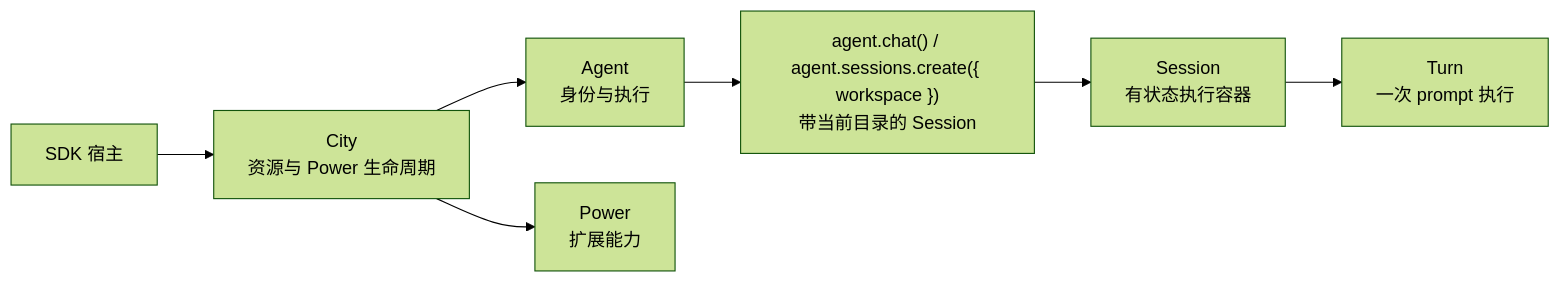
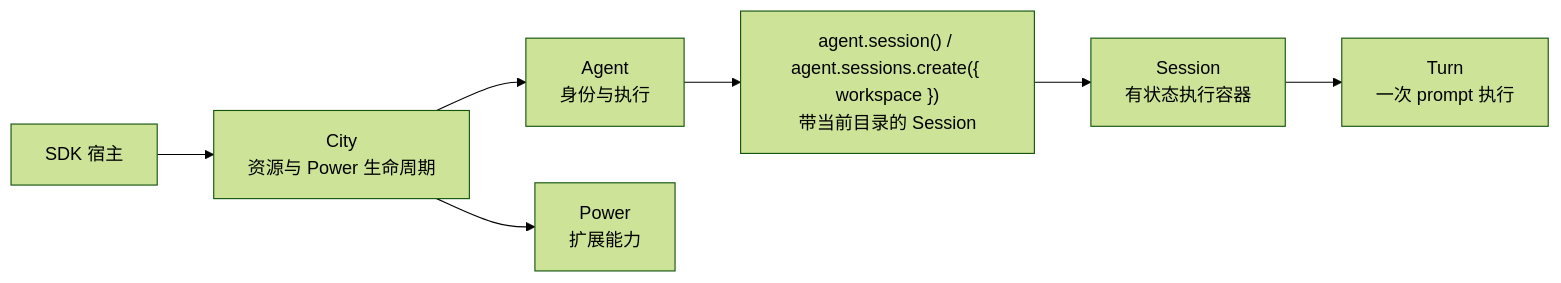
One commit to genesiscosmos/downcity changed the diagram in homepage/content/agent-sdk-docs/zh/index.mdx. Above: the diagram before and after it, drawn with Mermaid (forest theme). The commit also changed other lines of this file and 83 other files, not shown here.

First line of the commit message:
refactor(agent): Agent 即一条 Session，Workspace 改为宿主注入

````diff
--- a/homepage/content/agent-sdk-docs/zh/index.mdx
+++ b/homepage/content/agent-sdk-docs/zh/index.mdx
@@ -11,9 +11,9 @@
 ```mermaid
 flowchart LR
     Host["SDK 宿主"] --> City["City<br/>资源与 Power 生命周期"]
     City --> Agent["Agent<br/>身份与执行"]
-    Agent --> Workspace["agent.chat() / agent.sessions.create({ workspace })<br/>带当前目录的 Session"]
+    Agent --> Workspace["agent.session() / agent.sessions.create({ workspace })<br/>带当前目录的 Session"]
     Workspace --> Session["Session<br/>有状态执行容器"]
     Session --> Turn["Turn<br/>一次 prompt 执行"]
     City --> Power["Power<br/>扩展能力"]
 ```
````
